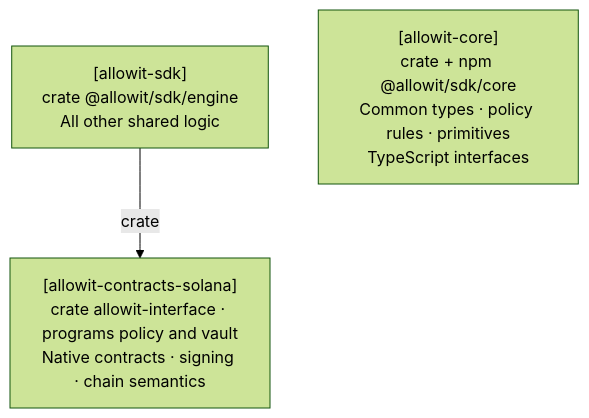
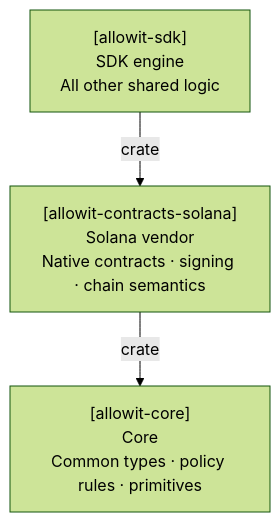
One commit to allowit-hq/allowit-contracts-solana changed the second of 2 diagrams in README.md. Above: the diagram before and after it, drawn with Mermaid (forest theme). The commit also changed other lines of this file, not shown here.

Commit message:
README: the diagram shows the roles and their directions; the text names the packages of this revision
EVAL-001 at 1a608dc: a disconnected Core breaks the trusted relationship, and the vendor interface should be labelled apart from the packages available here.

````diff
--- a/README.md
+++ b/README.md
@@ -204,8 +204,9 @@
 ```mermaid
 flowchart TB
-    Engine["[allowit-sdk]<br/>crate @allowit/sdk/engine<br/>All other shared logic"]
-    Vendor["[allowit-contracts-solana]<br/>crate allowit-interface · programs policy and vault<br/>Native contracts · signing · chain semantics"]
-    Core["[allowit-core]<br/>crate + npm @allowit/sdk/core<br/>Common types · policy rules · primitives<br/>TypeScript interfaces"]
+    Engine["[allowit-sdk]<br/>SDK engine<br/>All other shared logic"]
+    Vendor["[allowit-contracts-solana]<br/>Solana vendor<br/>Native contracts · signing · chain semantics"]
+    Core["[allowit-core]<br/>Core<br/>Common types · policy rules · primitives"]
 
     Engine -->|crate| Vendor
+    Vendor -->|crate| Core
 ```
````
